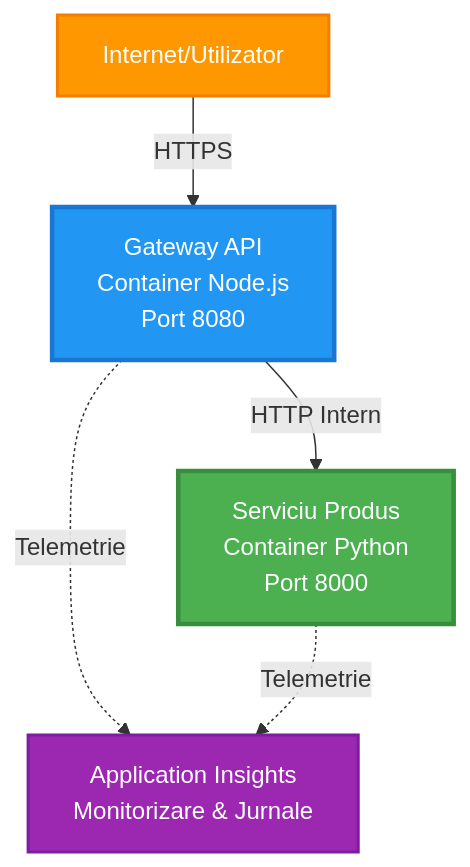
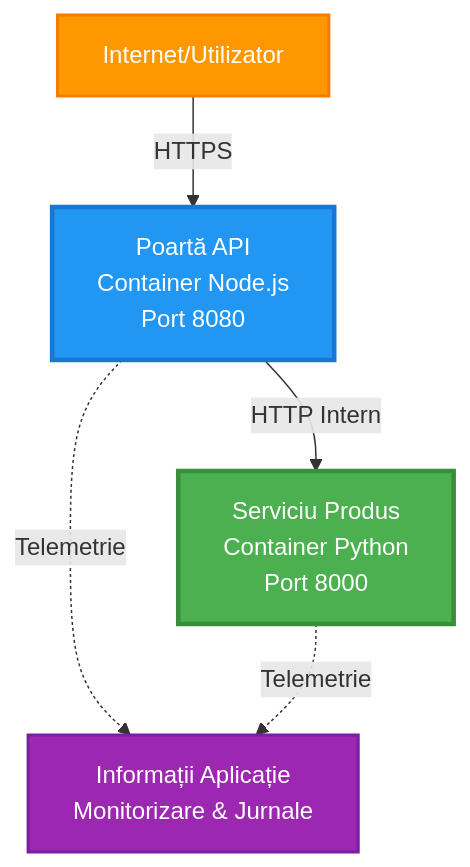
The first of 4 diagrams in translations/ro/examples/microservices/README.md (microsoft/AZD-for-beginners), drawn with Mermaid before and after one commit. The commit also changed other lines of this file and 242 other files, not shown here.

````diff
--- a/translations/ro/examples/microservices/README.md
+++ b/translations/ro/examples/microservices/README.md
@@ -40,17 +31,17 @@
 ```mermaid
 graph TB
     Internet[Internet/Utilizator]
-    Gateway[Gateway API<br/>Container Node.js<br/>Port 8080]
+    Gateway[Poartă API<br/>Container Node.js<br/>Port 8080]
     Product[Serviciu Produs<br/>Container Python<br/>Port 8000]
-    AppInsights[Application Insights<br/>Monitorizare & Jurnale]
+    AppInsights[Informații Aplicație<br/>Monitorizare & Jurnale]
     
     Internet -->|HTTPS| Gateway
     Gateway -->|HTTP Intern| Product
     Gateway -.->|Telemetrie| AppInsights
     Product -.->|Telemetrie| AppInsights
     
     style Gateway fill:#2196F3,stroke:#1976D2,stroke-width:3px,color:#fff
     style Product fill:#4CAF50,stroke:#388E3C,stroke-width:3px,color:#fff
     style Internet fill:#FF9800,stroke:#F57C00,stroke-width:2px,color:#fff
     style AppInsights fill:#9C27B0,stroke:#7B1FA2,stroke-width:2px,color:#fff
-```
+```  
````
